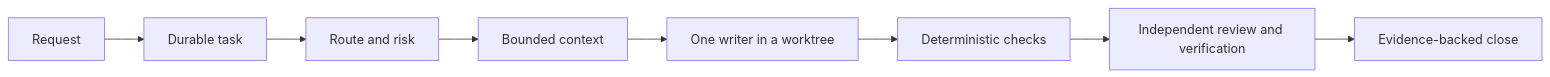
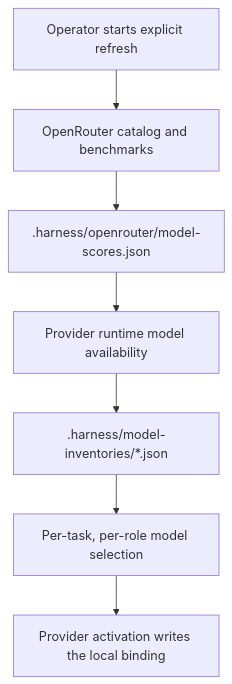
One commit to mar-romero/harness changed the first of 3 diagrams in README.md. Above: the diagram before and after it, drawn with Mermaid. The commit also changed other lines of this file and 56 other files, not shown here.

````diff
--- a/README.md
+++ b/README.md
@@ -17,10 +52,9 @@
 ```mermaid
-flowchart LR
-    R[Request] --> T[Durable task]
-    T --> RR[Route and risk]
-    RR --> C[Bounded context]
-    C --> W[One writer in a worktree]
-    W --> K[Deterministic checks]
-    K --> V[Independent review and verification]
-    V --> F[Evidence-backed close]
+flowchart TD
+    A[Operator starts explicit refresh] --> B[OpenRouter catalog and benchmarks]
+    B --> C[.harness/openrouter/model-scores.json]
+    C --> D[Provider runtime model availability]
+    D --> E[.harness/model-inventories/*.json]
+    E --> F[Per-task, per-role model selection]
+    F --> G[Provider activation writes the local binding]
 ```
````
